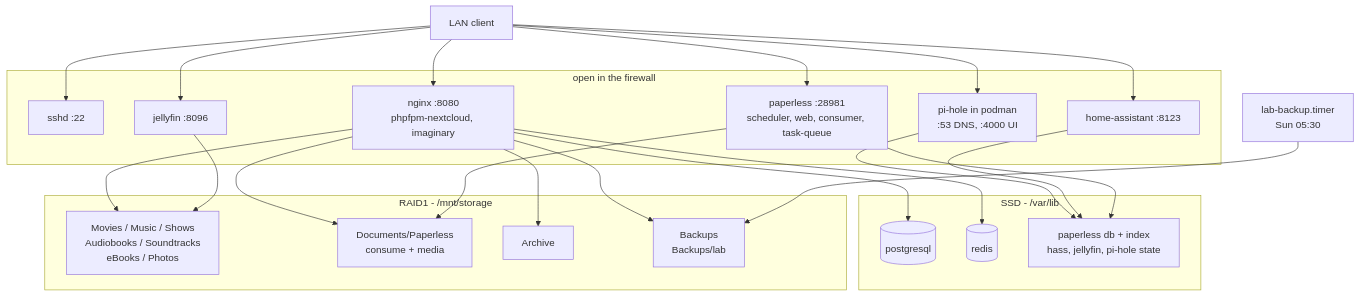
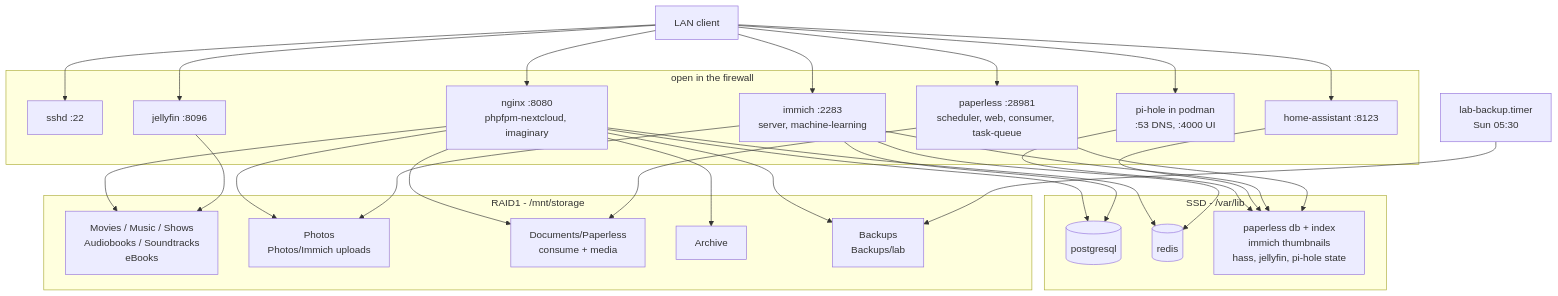
The second of 2 diagrams in README.md (antonkesy/home-server), drawn with Mermaid before and after one commit. The commit also changed other lines of this file and 10 other files, not shown here.

First line of the commit message:
add immich over the Photos directory, drop nextcloud memories

````diff
--- a/README.md
+++ b/README.md
@@ -48,37 +48,41 @@
 ```mermaid
 flowchart TD
   client["LAN client"]
 
   subgraph fw["open in the firewall"]
     ssh["sshd :22"]
     ph["pi-hole in podman<br>:53 DNS, :4000 UI"]
     has["home-assistant :8123"]
     ncb["nginx :8080<br>phpfpm-nextcloud, imaginary"]
     jfb["jellyfin :8096"]
     plb["paperless :28981<br>scheduler, web, consumer, task-queue"]
+    imb["immich :2283<br>server, machine-learning"]
   end
 
   subgraph ssdg["SSD - /var/lib"]
     pg[("postgresql")]
     rd[("redis")]
-    st["paperless db + index<br>hass, jellyfin, pi-hole state"]
+    st["paperless db + index<br>immich thumbnails<br>hass, jellyfin, pi-hole state"]
   end
 
   subgraph raid["RAID1 - /mnt/storage"]
-    med["Movies / Music / Shows<br>Audiobooks / Soundtracks<br>eBooks / Photos"]
+    med["Movies / Music / Shows<br>Audiobooks / Soundtracks<br>eBooks"]
+    pho["Photos<br>Photos/Immich uploads"]
     doc["Documents/Paperless<br>consume + media"]
     arc["Archive"]
     bak["Backups<br>Backups/lab"]
   end
 
   client --> ssh & ph & has
-  client --> ncb & jfb & plb
+  client --> ncb & jfb & plb & imb
   ph --> st
   has --> st
   ncb --> pg & rd
-  ncb --> med & doc & arc & bak
+  ncb --> med & pho & doc & arc & bak
   jfb --> med
+  imb --> pg & rd & st
+  imb --> pho
   plb --> doc
   plb --> st
   tb["lab-backup.timer<br>Sun 05:30"] --> bak
 ```
````
